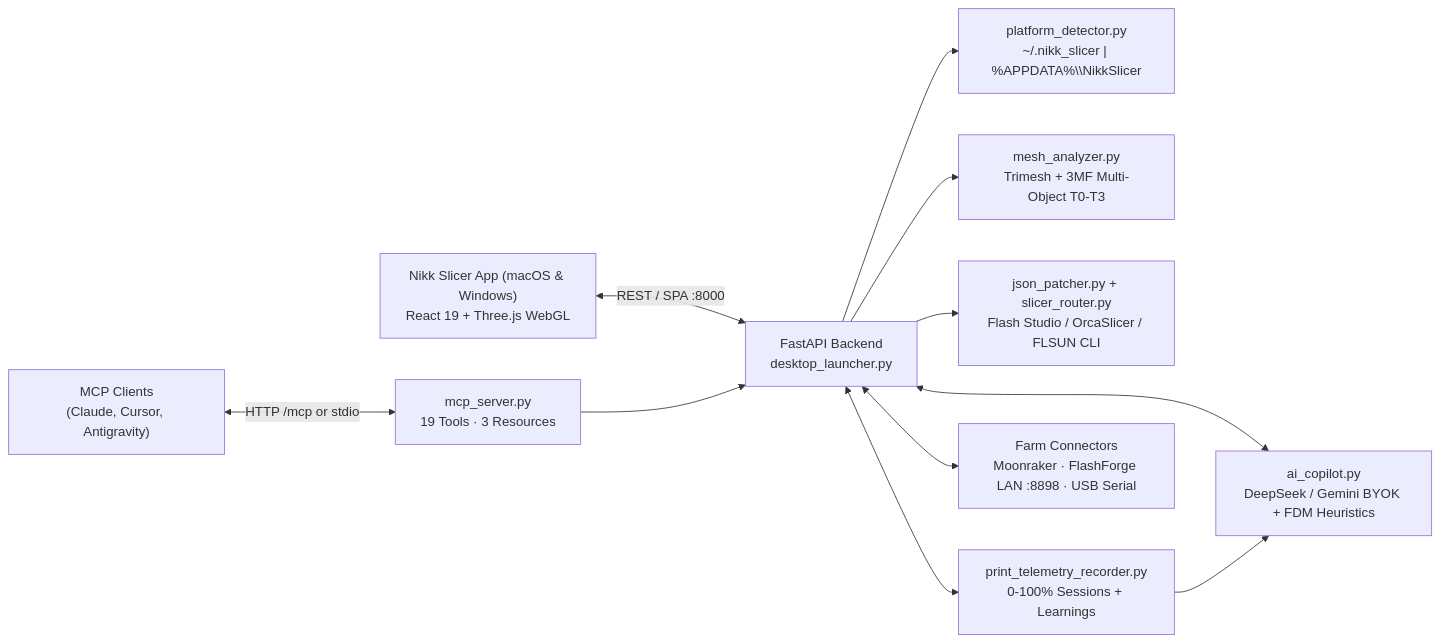
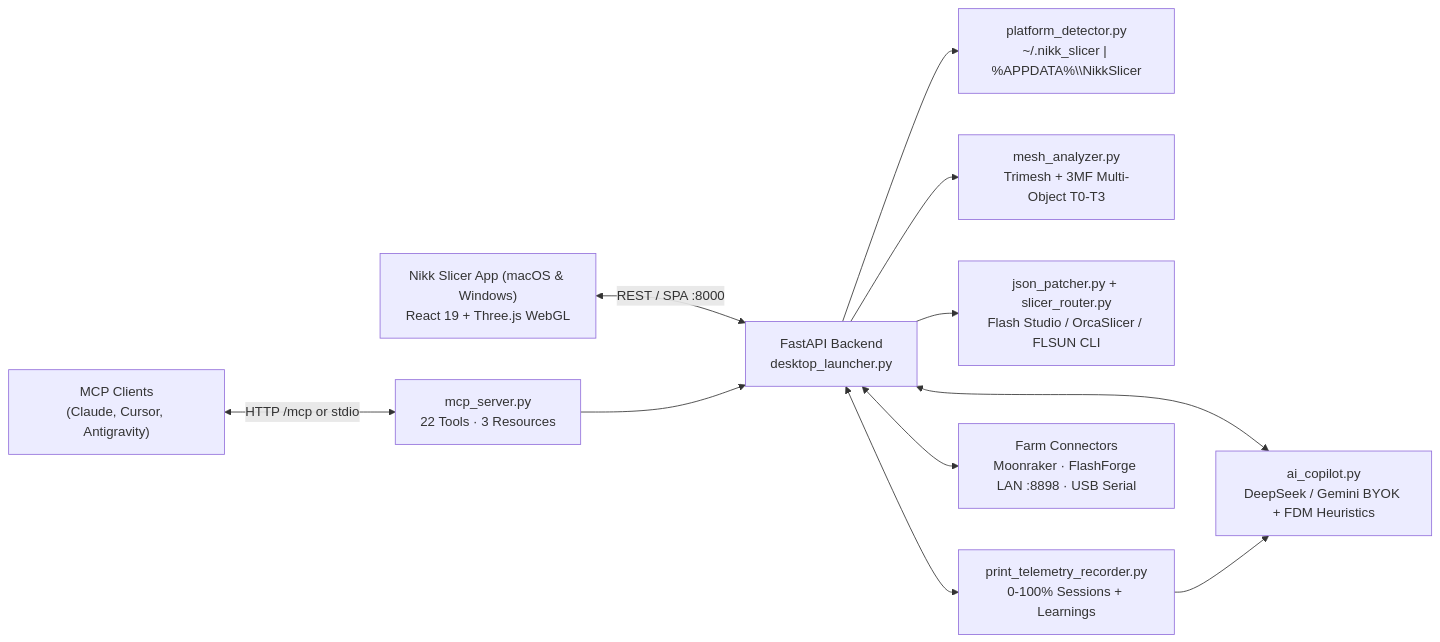
Before and after one commit to alzheimeer/nikk-slicer: the diagram in README.en.md, drawn with Mermaid. The commit also changed other lines of this file and 4 other files, not shown here.

````diff
--- a/README.en.md
+++ b/README.en.md
@@ -164,13 +176,13 @@
 ```mermaid
 flowchart LR
     UI["Nikk Slicer App (macOS & Windows)<br/>React 19 + Three.js WebGL"] <-->|REST / SPA :8000| API["FastAPI Backend<br/>desktop_launcher.py"]
-    MCP_C["MCP Clients<br/>(Claude, Cursor, Antigravity)"] <-->|HTTP /mcp or stdio| MCP["mcp_server.py<br/>19 Tools · 3 Resources"]
+    MCP_C["MCP Clients<br/>(Claude, Cursor, Antigravity)"] <-->|HTTP /mcp or stdio| MCP["mcp_server.py<br/>22 Tools · 3 Resources"]
     MCP --> API
     API --> DET["platform_detector.py<br/>~/.nikk_slicer | %APPDATA%\\NikkSlicer"]
     API --> MESH["mesh_analyzer.py<br/>Trimesh + 3MF Multi-Object T0-T3"]
     API --> PATCH["json_patcher.py + slicer_router.py<br/>Flash Studio / OrcaSlicer / FLSUN CLI"]
     API <--> AI["ai_copilot.py<br/>DeepSeek / Gemini BYOK + FDM Heuristics"]
     API <--> REC["print_telemetry_recorder.py<br/>0-100% Sessions + Learnings"]
     REC --> AI
     API <--> HW["Farm Connectors<br/>Moonraker · FlashForge LAN :8898 · USB Serial"]
 ```
````
